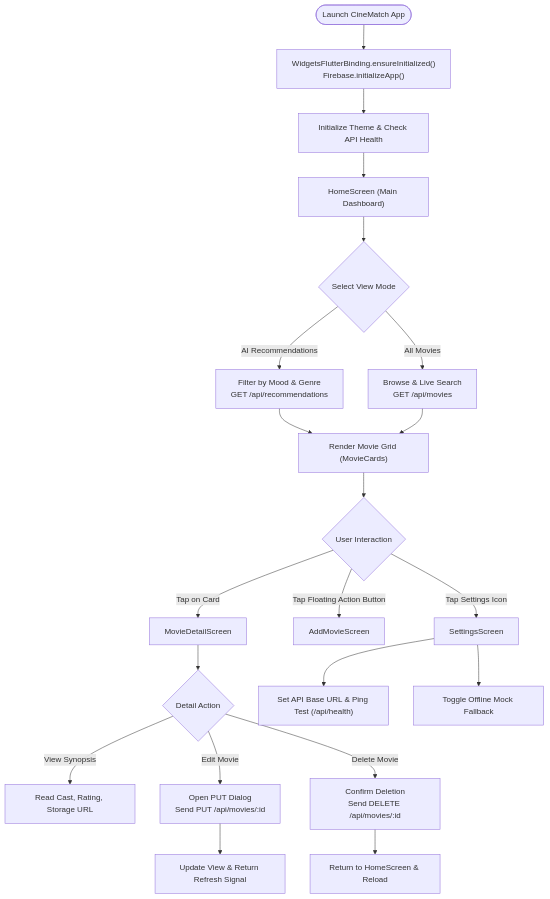
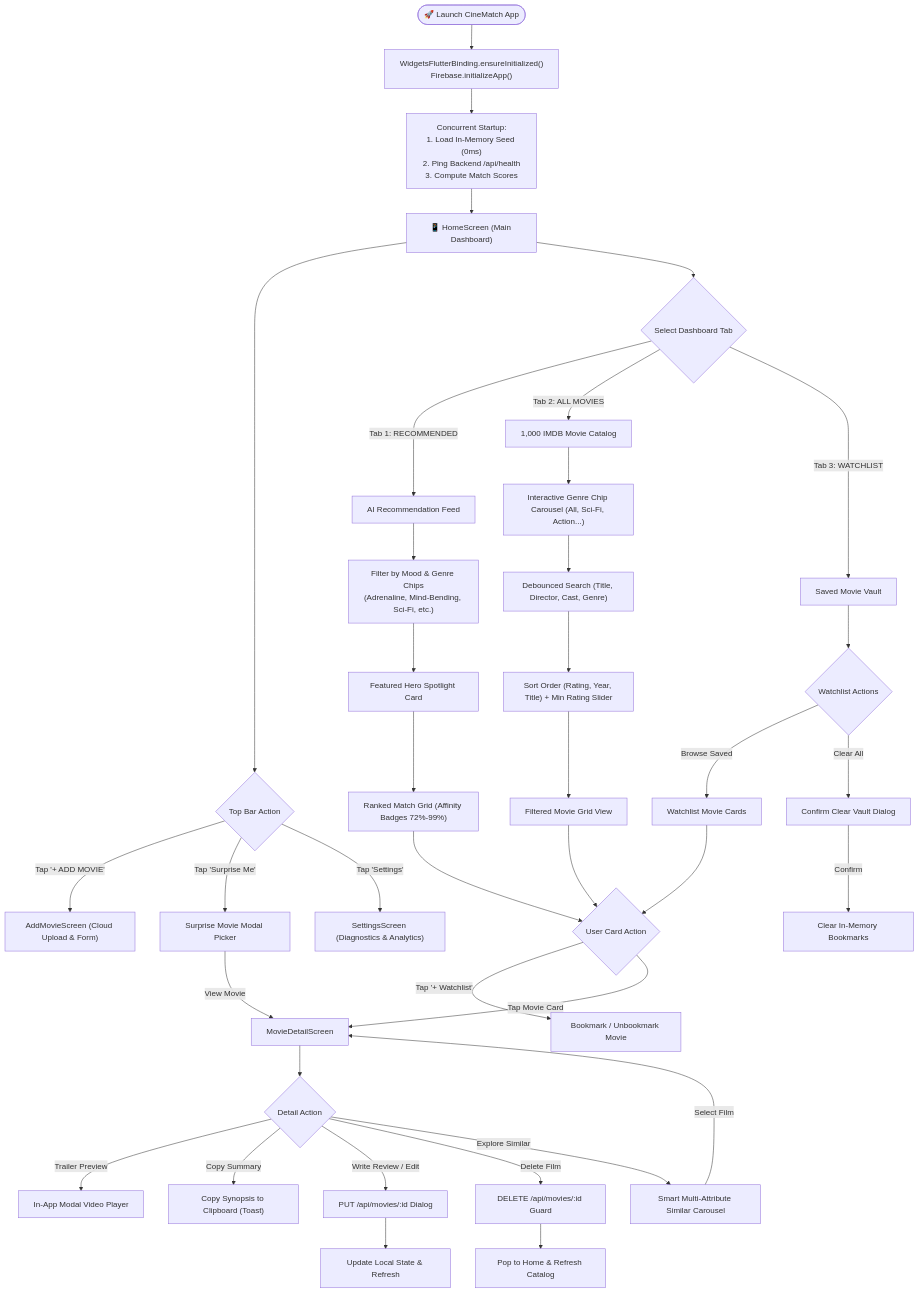
Before and after one commit to ivengexnce/cinematch: the first of 7 diagrams in flowchart.md, drawn with Mermaid. The commit also changed other lines of this file and 25 other files, not shown here.

Commit message:
feat: add core app features including API service, screens, models, and UI components

````diff
--- a/flowchart.md
+++ b/flowchart.md
@@ -8,29 +8,58 @@
 ```mermaid
 flowchart TD
-    Start([Launch CineMatch App]) --> Init["WidgetsFlutterBinding.ensureInitialized()<br/>Firebase.initializeApp()"]
-    Init --> Splash["Initialize Theme & Check API Health"]
-    Splash --> Home["HomeScreen (Main Dashboard)"]
-
-    Home --> ModeChoice{"Select View Mode"}
-    ModeChoice -->|AI Recommendations| RecView["Filter by Mood & Genre<br/>GET /api/recommendations"]
-    ModeChoice -->|All Movies| AllView["Browse & Live Search<br/>GET /api/movies"]
-
-    RecView --> MovieList["Render Movie Grid (MovieCards)"]
-    AllView --> MovieList
-
-    MovieList --> TapCard{"User Interaction"}
-    TapCard -->|Tap on Card| Detail["MovieDetailScreen"]
-    TapCard -->|Tap Floating Action Button| Add["AddMovieScreen"]
-    TapCard -->|Tap Settings Icon| Settings["SettingsScreen"]
-
-    Detail --> DetailActions{"Detail Action"}
-    DetailActions -->|View Synopsis| ReadDetails["Read Cast, Rating, Storage URL"]
-    DetailActions -->|Edit Movie| EditDialog["Open PUT Dialog<br/>Send PUT /api/movies/:id"]
-    DetailActions -->|Delete Movie| DeleteConfirm["Confirm Deletion<br/>Send DELETE /api/movies/:id"]
-
-    EditDialog --> RefreshDetail["Update View & Return Refresh Signal"]
-    DeleteConfirm --> ReturnHome["Return to HomeScreen & Reload"]
-
-    Settings --> ConfigureURL["Set API Base URL & Ping Test (/api/health)"]
-    Settings --> ToggleMock["Toggle Offline Mock Fallback"]
+    Start([🚀 Launch CineMatch App]) --> Init["WidgetsFlutterBinding.ensureInitialized()<br/>Firebase.initializeApp()"]
+    Init --> ConcurrentBoot["Concurrent Startup:<br/>1. Load In-Memory Seed (0ms)<br/>2. Ping Backend /api/health<br/>3. Compute Match Scores"]
+    
+    ConcurrentBoot --> Home["📱 HomeScreen (Main Dashboard)"]
+    
+    %% Top Navigation & Global Controls
+    Home --> TopBarActions{"Top Bar Action"}
+    TopBarActions -->|Tap '+ ADD MOVIE'| AddScreen["AddMovieScreen (Cloud Upload & Form)"]
+    TopBarActions -->|Tap 'Surprise Me'| SurpriseModal["Surprise Movie Modal Picker"]
+    TopBarActions -->|Tap 'Settings'| SettingsScreen["SettingsScreen (Diagnostics & Analytics)"]
+    
+    SurpriseModal -->|View Movie| DetailScreen["MovieDetailScreen"]
+    
+    %% Main Tabs
+    Home --> TabSelect{"Select Dashboard Tab"}
+    
+    %% Tab 1: Recommended
+    TabSelect -->|Tab 1: RECOMMENDED| RecTab["AI Recommendation Feed"]
+    RecTab --> FilterChips["Filter by Mood & Genre Chips<br/>(Adrenaline, Mind-Bending, Sci-Fi, etc.)"]
+    FilterChips --> HeroRec["Featured Hero Spotlight Card"]
+    HeroRec --> RecGrid["Ranked Match Grid (Affinity Badges 72%-99%)"]
+    
+    %% Tab 2: All Movies Catalog
+    TabSelect -->|Tab 2: ALL MOVIES| CatalogTab["1,000 IMDB Movie Catalog"]
+    CatalogTab --> GenreCarousel["Interactive Genre Chip Carousel (All, Sci-Fi, Action...)"]
+    GenreCarousel --> LiveSearch["Debounced Search (Title, Director, Cast, Genre)"]
+    LiveSearch --> FilterControls["Sort Order (Rating, Year, Title) + Min Rating Slider"]
+    FilterControls --> CatalogGrid["Filtered Movie Grid View"]
+    
+    %% Tab 3: Watchlist
+    TabSelect -->|Tab 3: WATCHLIST| WatchlistTab["Saved Movie Vault"]
+    WatchlistTab --> WatchlistActions{"Watchlist Actions"}
+    WatchlistActions -->|Browse Saved| SavedGrid["Watchlist Movie Cards"]
+    WatchlistActions -->|Clear All| ClearVaultDialog["Confirm Clear Vault Dialog"]
+    ClearVaultDialog -->|Confirm| EmptyVault["Clear In-Memory Bookmarks"]
+    
+    %% Movie Card Interaction
+    RecGrid --> TapCard{"User Card Action"}
+    CatalogGrid --> TapCard
+    SavedGrid --> TapCard
+    
+    TapCard -->|Tap '+ Watchlist'| ToggleBookmark["Bookmark / Unbookmark Movie"]
+    TapCard -->|Tap Movie Card| DetailScreen
+    
+    %% Detail Screen Actions
+    DetailScreen --> DetailActions{"Detail Action"}
+    DetailActions -->|Trailer Preview| PlayTrailer["In-App Modal Video Player"]
+    DetailActions -->|Copy Summary| ShareClip["Copy Synopsis to Clipboard (Toast)"]
+    DetailActions -->|Write Review / Edit| EditDialog["PUT /api/movies/:id Dialog"]
+    DetailActions -->|Delete Film| DeleteConfirm["DELETE /api/movies/:id Guard"]
+    DetailActions -->|Explore Similar| SimilarRecs["Smart Multi-Attribute Similar Carousel"]
+    
+    SimilarRecs -->|Select Film| DetailScreen
+    EditDialog --> RefreshView["Update Local State & Refresh"]
+    DeleteConfirm --> ReturnHome["Pop to Home & Refresh Catalog"]
 ```
````
